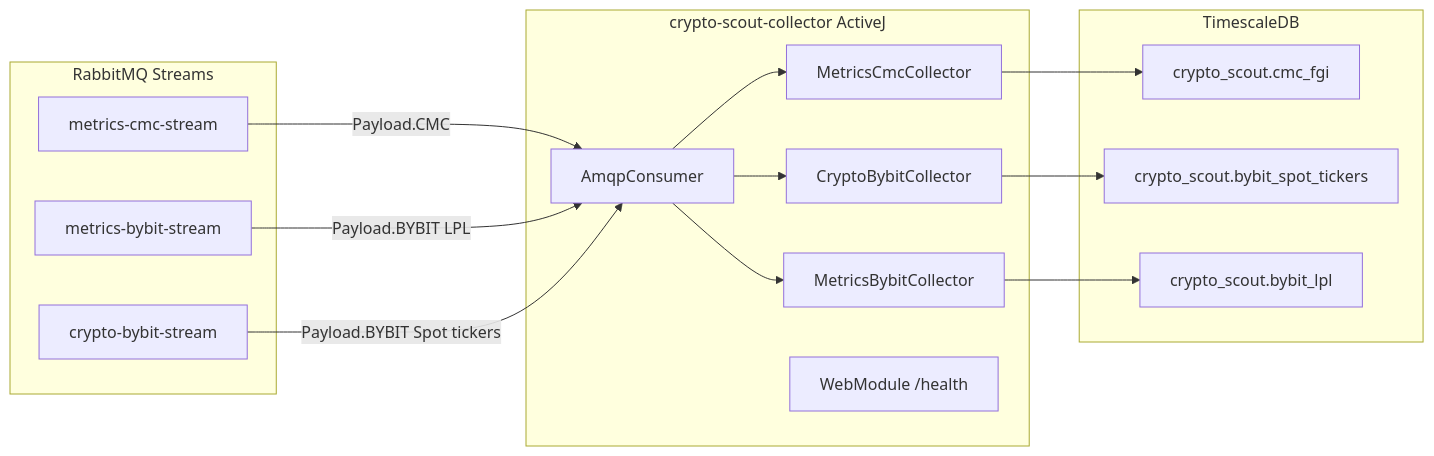
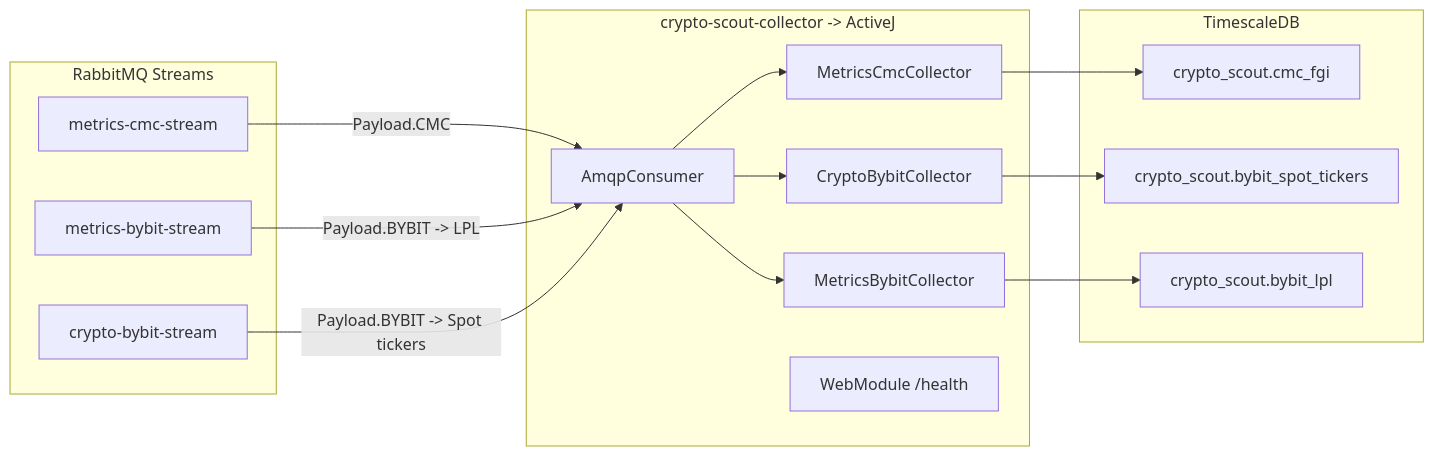
Before and after one commit to akarazhev/crypto-scout-collector: the diagram in README.md, drawn with Mermaid.

Commit message:
format digram

````diff
--- a/README.md
+++ b/README.md
@@ -21,26 +21,26 @@
 ```mermaid
 flowchart LR
     subgraph RabbitMQ[ RabbitMQ Streams ]
         S1[metrics-cmc-stream]
         S2[metrics-bybit-stream]
         S3[crypto-bybit-stream]
     end
 
-    subgraph App[crypto-scout-collector ActiveJ]
+    subgraph App[crypto-scout-collector -> ActiveJ]
         A1[AmqpConsumer]
         A2[MetricsCmcCollector]
         A3[MetricsBybitCollector]
         A4[CryptoBybitCollector]
         W[WebModule /health]
     end
 
     subgraph DB[TimescaleDB]
         T1[crypto_scout.cmc_fgi]
         T2[crypto_scout.bybit_spot_tickers]
         T3[crypto_scout.bybit_lpl]
     end
 
     S1 -->|Payload.CMC| A1 --> A2 --> T1
-    S2 -->|Payload.BYBIT LPL| A1 --> A3 --> T3
-    S3 -->|Payload.BYBIT Spot tickers| A1 --> A4 --> T2
+    S2 -->|Payload.BYBIT -> LPL| A1 --> A3 --> T3
+    S3 -->|Payload.BYBIT -> Spot tickers| A1 --> A4 --> T2
 ```
````
